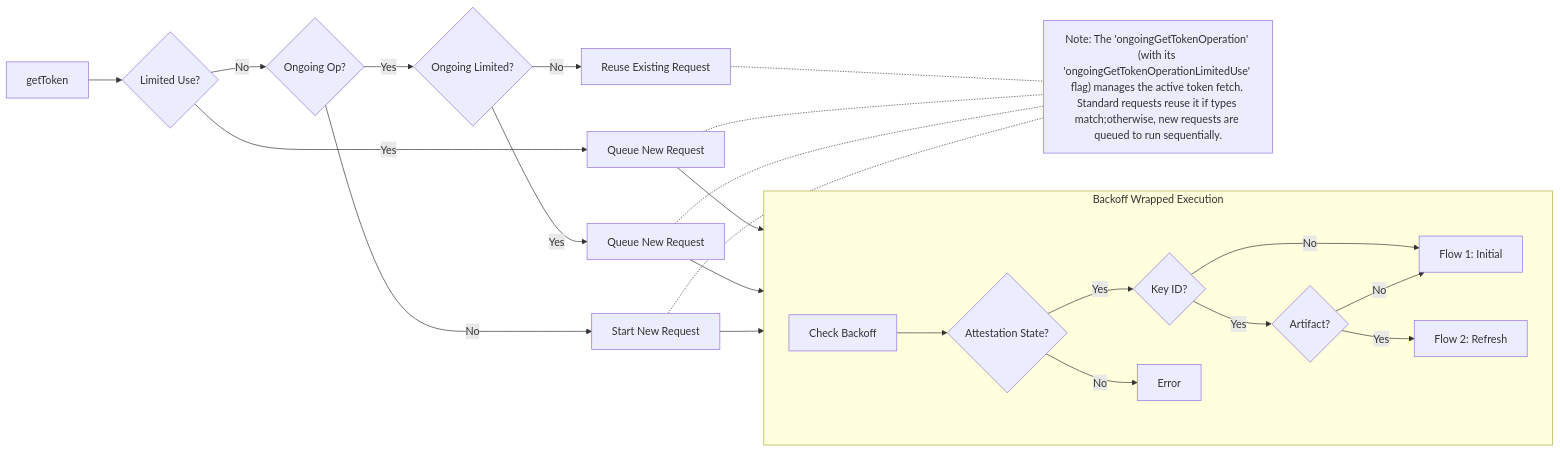
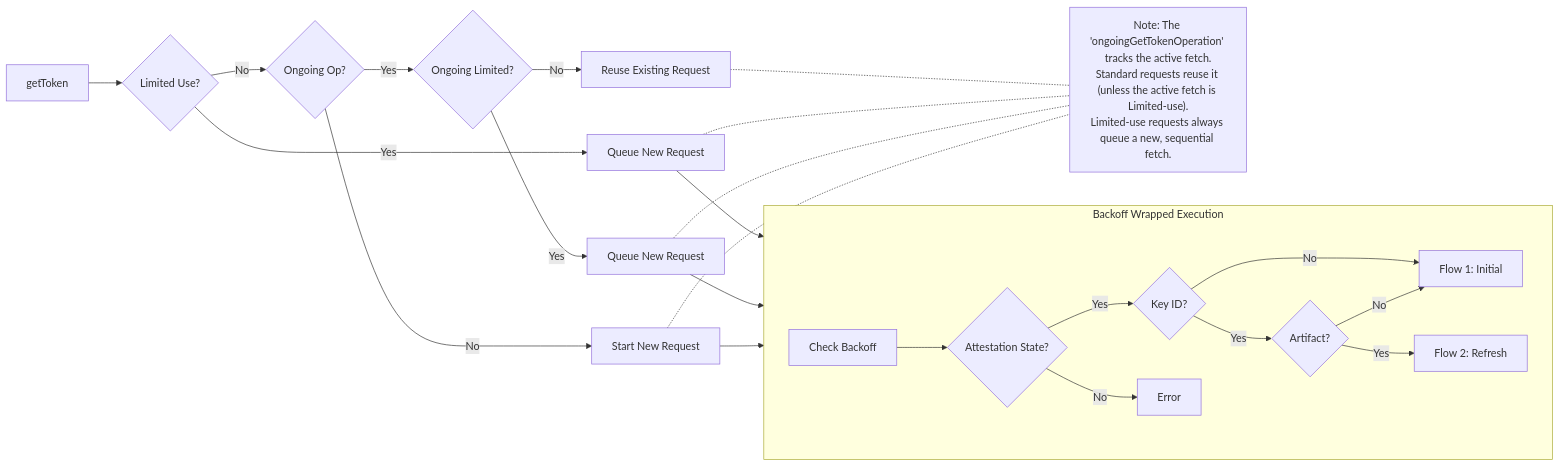
Before and after one commit to google/app-check: the first of 4 diagrams in docs/providers/app-attest.md, drawn with Mermaid.

````diff
--- a/docs/providers/app-attest.md
+++ b/docs/providers/app-attest.md
@@ -31,41 +31,41 @@
 ```mermaid
 %%{init: {"flowchart": {"diagramPadding": 75}}}%%
 flowchart LR
     Start[getToken] --> CheckUse{Limited Use?}
     
     CheckUse -- Yes --> Queue1[Queue New Request]
     CheckUse -- No --> Coalesce{Ongoing Op?}
     
     Coalesce -- No --> StartNew[Start New Request]
     Coalesce -- Yes --> CheckOngoing{Ongoing Limited?}
     
     CheckOngoing -- Yes --> Queue2[Queue New Request]
     CheckOngoing -- No --> Reuse[Reuse Existing Request]
     
     subgraph Execution ["Backoff Wrapped Execution"]
         direction LR
         Backoff[Check Backoff]
         StateCheck{Attestation State?}
         
         Backoff --> StateCheck
         
         StateCheck -->|Yes| KeyCheck{Key ID?}
         
         KeyCheck -- No --> Flow1[Flow 1: Initial]
         KeyCheck -- Yes --> ArtifactCheck{Artifact?}
         
         ArtifactCheck -- No --> Flow1
         ArtifactCheck -- Yes --> Flow2[Flow 2: Refresh]
 
         StateCheck -->|No| Error[Error]
     end
 
     Queue1 --> Backoff
     Queue2 --> Backoff
     StartNew --> Backoff
 
-    Reuse -.- Footnote["Note: The 'ongoingGetTokenOperation' (with its 'ongoingGetTokenOperationLimitedUse' flag) manages the active token fetch. Standard requests reuse it if types match;otherwise, new requests are queued to run sequentially."]
+    Reuse -.- Footnote["Note: The 'ongoingGetTokenOperation' tracks the active fetch.<br/>Standard requests reuse it (unless the active fetch is Limited-use).<br/>Limited-use requests always queue a new, sequential fetch."]
     Queue1 -.- Footnote
     Queue2 -.- Footnote
     StartNew -.- Footnote
 ```
````
